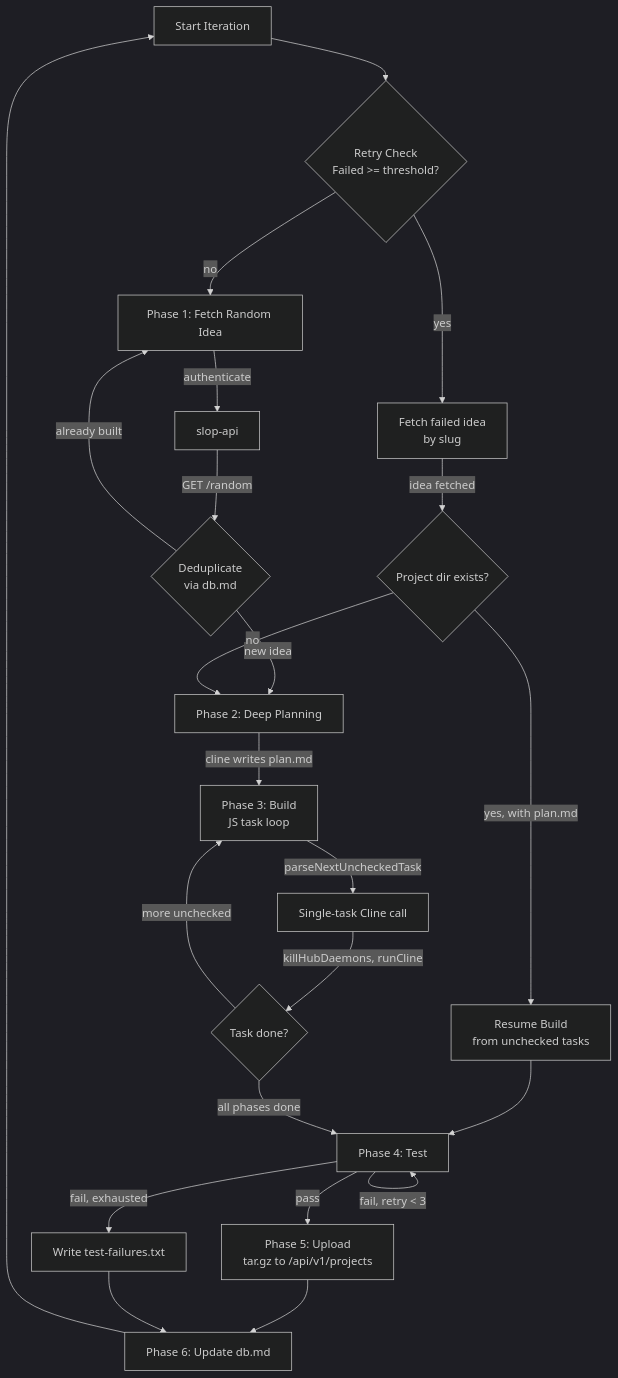
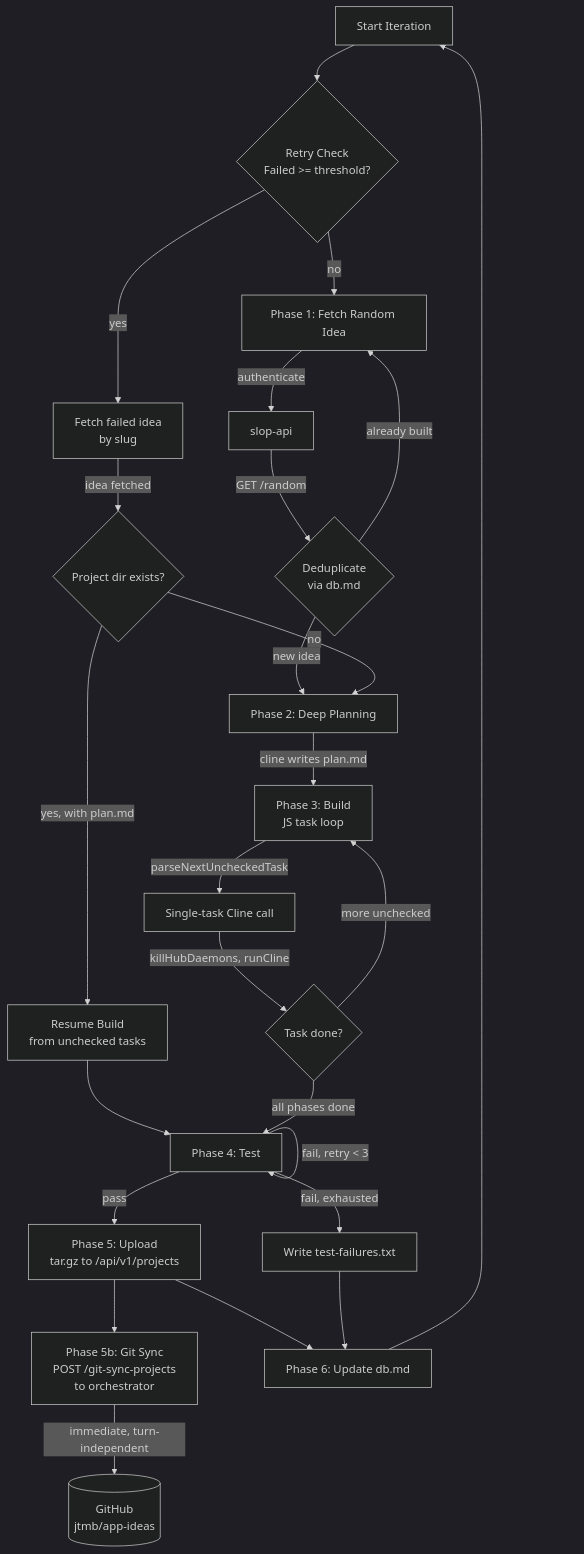
Before and after one commit to jtmb/slop-generator: the diagram in docs/SLOP-BUILDER.md, drawn with Mermaid (dark theme). The commit also changed other lines of this file and 15 other files, not shown here.

First line of the commit message:
docs: clarify git sync flow and thread session rules

````diff
--- a/docs/SLOP-BUILDER.md
+++ b/docs/SLOP-BUILDER.md
@@ -11,25 +11,27 @@
 ```mermaid
 flowchart TB
     S[Start Iteration] --> R{Retry Check<br/>Failed >= threshold?}
     R -->|yes| RF[Fetch failed idea<br/>by slug]
     R -->|no| F[Phase 1: Fetch Random Idea]
     RF -->|idea fetched| RP{Project dir exists?}
     F -->|authenticate| A[slop-api]
     A -->|GET /random| D{Deduplicate<br/>via db.md}
     D -->|already built| F
     D -->|new idea| P[Phase 2: Deep Planning]
     RP -->|yes, with plan.md| RB[Resume Build<br/>from unchecked tasks]
     RP -->|no| P
     RB --> T[Phase 4: Test]
     P -->|cline writes plan.md| B[Phase 3: Build<br/>JS task loop]
     B -->|parseNextUncheckedTask| T1[Single-task Cline call]
     T1 -->|killHubDaemons, runCline| T2{Task done?}
     T2 -->|more unchecked| B
     T2 -->|all phases done| T
     T -->|pass| U[Phase 5: Upload<br/>tar.gz to /api/v1/projects]
     T -->|fail, retry < 3| T
     T -->|fail, exhausted| X[Write test-failures.txt]
+    U --> GS[Phase 5b: Git Sync<br/>POST /git-sync-projects<br/>to orchestrator]
+    GS -->|immediate, turn-independent| GH[(GitHub<br/>jtmb/app-ideas)]
     U --> D2[Phase 6: Update db.md]
     X --> D2
     D2 --> S
 ```
````
